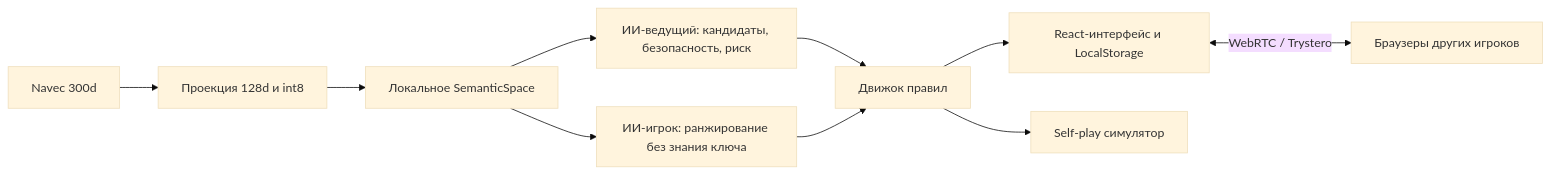
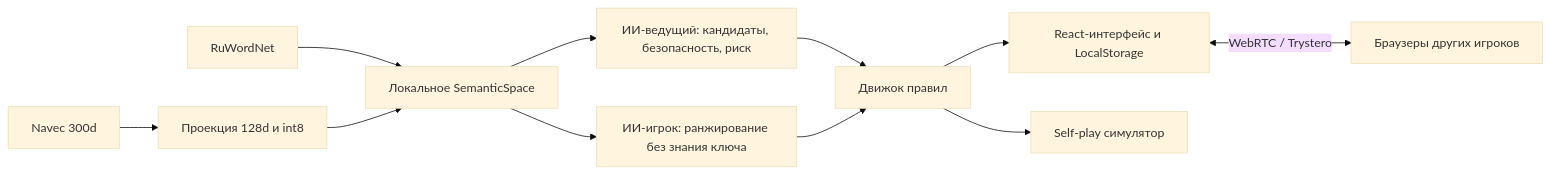
Before and after one commit to anyalink99/svyazi: the diagram in README.md, drawn with Mermaid (base theme). The commit also changed other lines of this file and 25 other files, not shown here.

````diff
--- a/README.md
+++ b/README.md
@@ -55,12 +56,13 @@
 ```mermaid
 flowchart LR
     M["Navec 300d"] --> P["Проекция 128d и int8"]
+    W["RuWordNet"] --> S
     P --> S["Локальное SemanticSpace"]
     S --> V["ИИ-ведущий: кандидаты, безопасность, риск"]
     S --> O["ИИ-игрок: ранжирование без знания ключа"]
     V --> G["Движок правил"]
     O --> G
     G --> U["React-интерфейс и LocalStorage"]
     U <-->|"WebRTC / Trystero"| U2["Браузеры других игроков"]
     G --> B["Self-play симулятор"]
 ```
````
